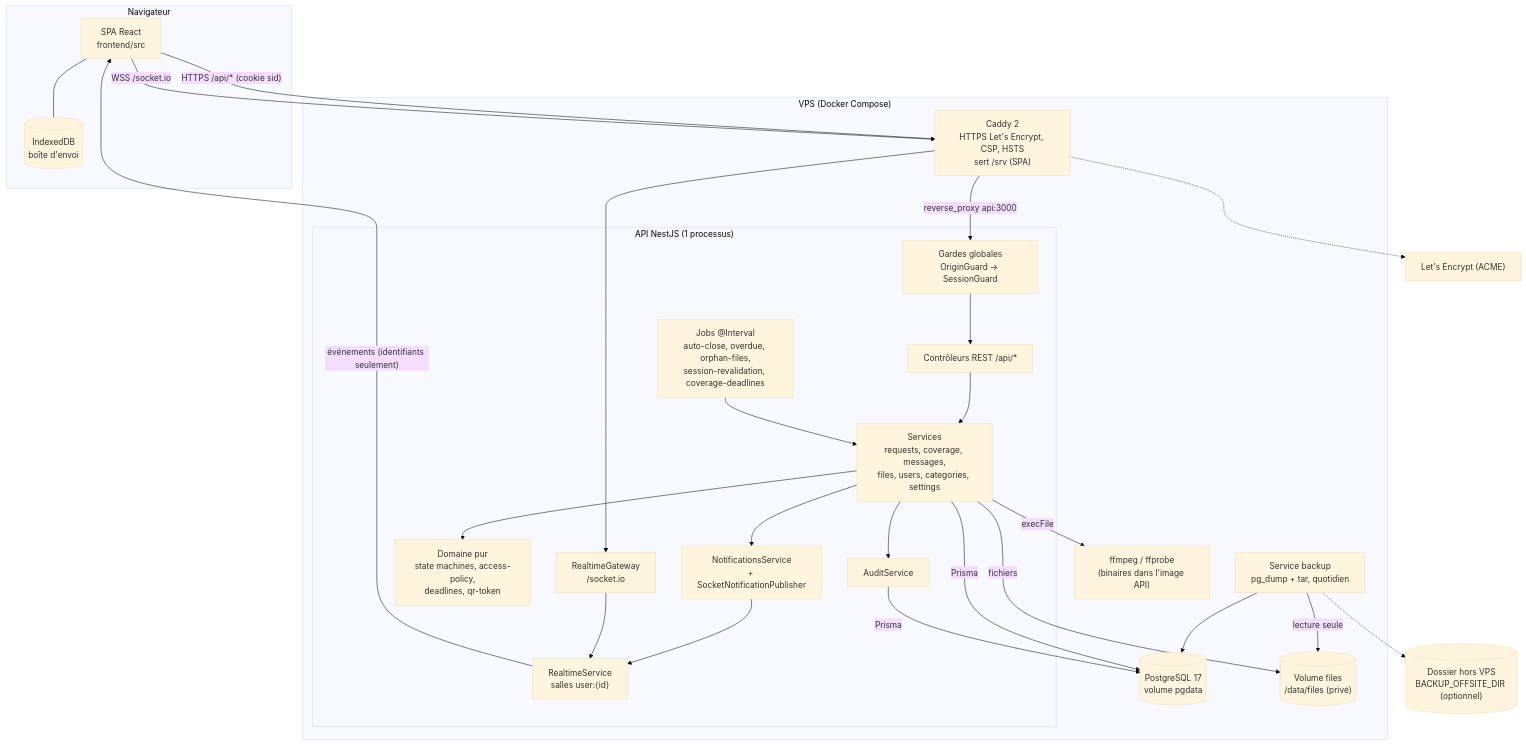
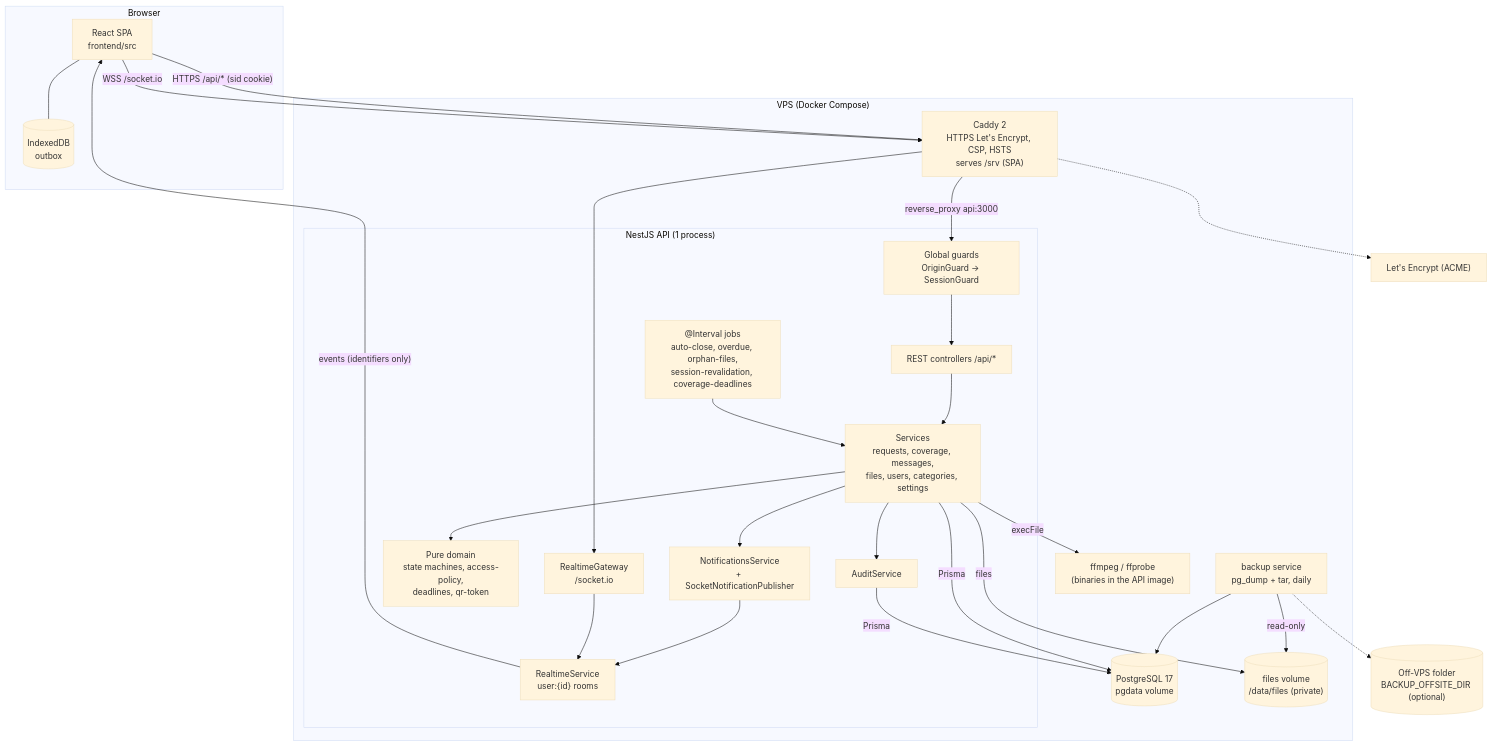
Before and after one commit to ChaimaDkhil-DEV/LaJocondeJumelle: the first of 5 diagrams in docs/ARCHITECTURE.md, drawn with Mermaid (base theme). The commit also changed other lines of this file and 108 other files, not shown here.

````diff
--- a/docs/ARCHITECTURE.md
+++ b/docs/ARCHITECTURE.md
@@ -153,52 +153,52 @@
 ```mermaid
 graph TD
-  subgraph Navigateur
-    SPA["SPA React<br/>frontend/src"]
-    IDB[("IndexedDB<br/>boîte d'envoi")]
+  subgraph Browser
+    SPA["React SPA<br/>frontend/src"]
+    IDB[("IndexedDB<br/>outbox")]
     SPA --- IDB
   end
 
   subgraph "VPS (Docker Compose)"
-    CADDY["Caddy 2<br/>HTTPS Let's Encrypt, CSP, HSTS<br/>sert /srv (SPA)"]
-    subgraph "API NestJS (1 processus)"
-      GUARDS["Gardes globales<br/>OriginGuard → SessionGuard"]
-      CTRL["Contrôleurs REST /api/*"]
+    CADDY["Caddy 2<br/>HTTPS Let's Encrypt, CSP, HSTS<br/>serves /srv (SPA)"]
+    subgraph "NestJS API (1 process)"
+      GUARDS["Global guards<br/>OriginGuard → SessionGuard"]
+      CTRL["REST controllers /api/*"]
       GW["RealtimeGateway<br/>/socket.io"]
       SVC["Services<br/>requests, coverage, messages,<br/>files, users, categories, settings"]
-      DOMAIN["Domaine pur<br/>state machines, access-policy,<br/>deadlines, qr-token"]
-      JOBS["Jobs @Interval<br/>auto-close, overdue, orphan-files,<br/>session-revalidation, coverage-deadlines"]
+      DOMAIN["Pure domain<br/>state machines, access-policy,<br/>deadlines, qr-token"]
+      JOBS["@Interval jobs<br/>auto-close, overdue, orphan-files,<br/>session-revalidation, coverage-deadlines"]
       AUDIT["AuditService"]
       NOTIF["NotificationsService<br/>+ SocketNotificationPublisher"]
-      RT["RealtimeService<br/>salles user:{id}"]
+      RT["RealtimeService<br/>user:{id} rooms"]
     end
-    DB[("PostgreSQL 17<br/>volume pgdata")]
-    FILES[("Volume files<br/>/data/files (privé)")]
-    BACKUP["Service backup<br/>pg_dump + tar, quotidien"]
-    FFMPEG["ffmpeg / ffprobe<br/>(binaires dans l'image API)"]
+    DB[("PostgreSQL 17<br/>pgdata volume")]
+    FILES[("files volume<br/>/data/files (private)")]
+    BACKUP["backup service<br/>pg_dump + tar, daily"]
+    FFMPEG["ffmpeg / ffprobe<br/>(binaries in the API image)"]
   end
 
-  OFFSITE[("Dossier hors VPS<br/>BACKUP_OFFSITE_DIR (optionnel)")]
+  OFFSITE[("Off-VPS folder<br/>BACKUP_OFFSITE_DIR (optional)")]
   LE["Let's Encrypt (ACME)"]
 
-  SPA -- "HTTPS /api/* (cookie sid)" --> CADDY
+  SPA -- "HTTPS /api/* (sid cookie)" --> CADDY
   SPA -- "WSS /socket.io" --> CADDY
   CADDY -- "reverse_proxy api:3000" --> GUARDS
   GUARDS --> CTRL
   CADDY --> GW
   CTRL --> SVC
   SVC --> DOMAIN
   SVC --> AUDIT
   SVC --> NOTIF
   NOTIF --> RT
   GW --> RT
-  RT -- "événements (identifiants seulement)" --> SPA
+  RT -- "events (identifiers only)" --> SPA
   JOBS --> SVC
   SVC -- Prisma --> DB
   AUDIT -- Prisma --> DB
-  SVC -- "fichiers" --> FILES
+  SVC -- "files" --> FILES
   SVC -- "execFile" --> FFMPEG
   BACKUP --> DB
-  BACKUP -- "lecture seule" --> FILES
+  BACKUP -- "read-only" --> FILES
   BACKUP -.-> OFFSITE
   CADDY -.-> LE
 ```
````
